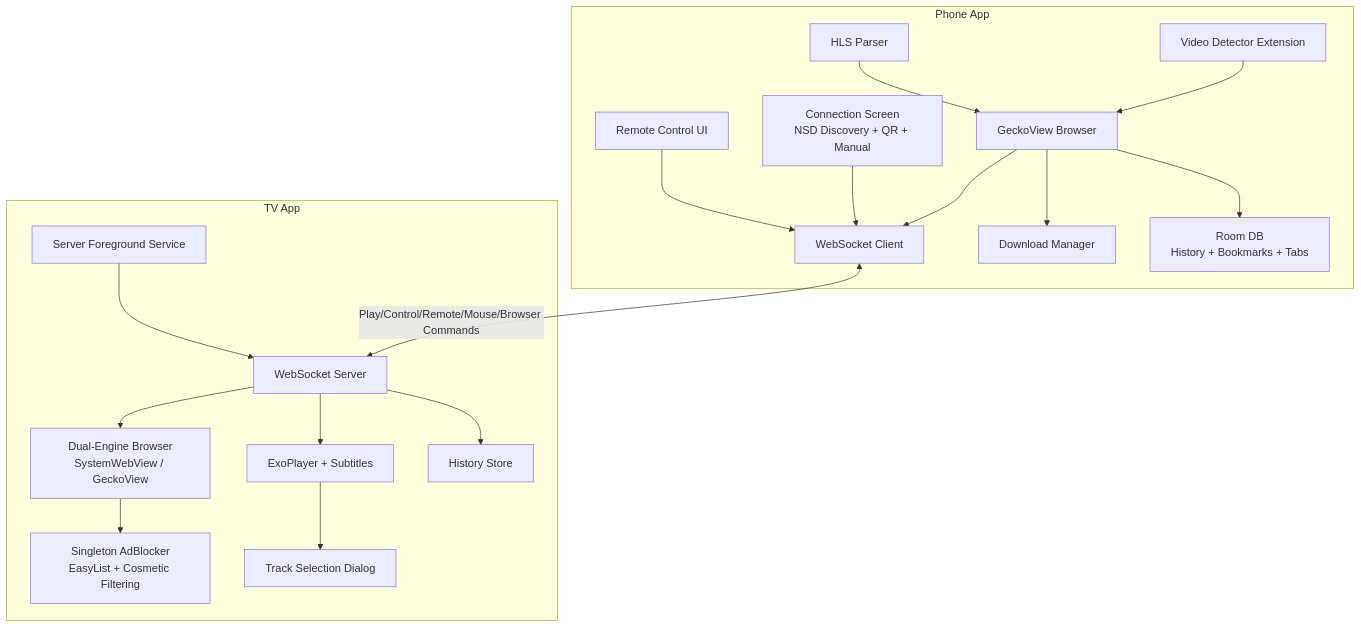
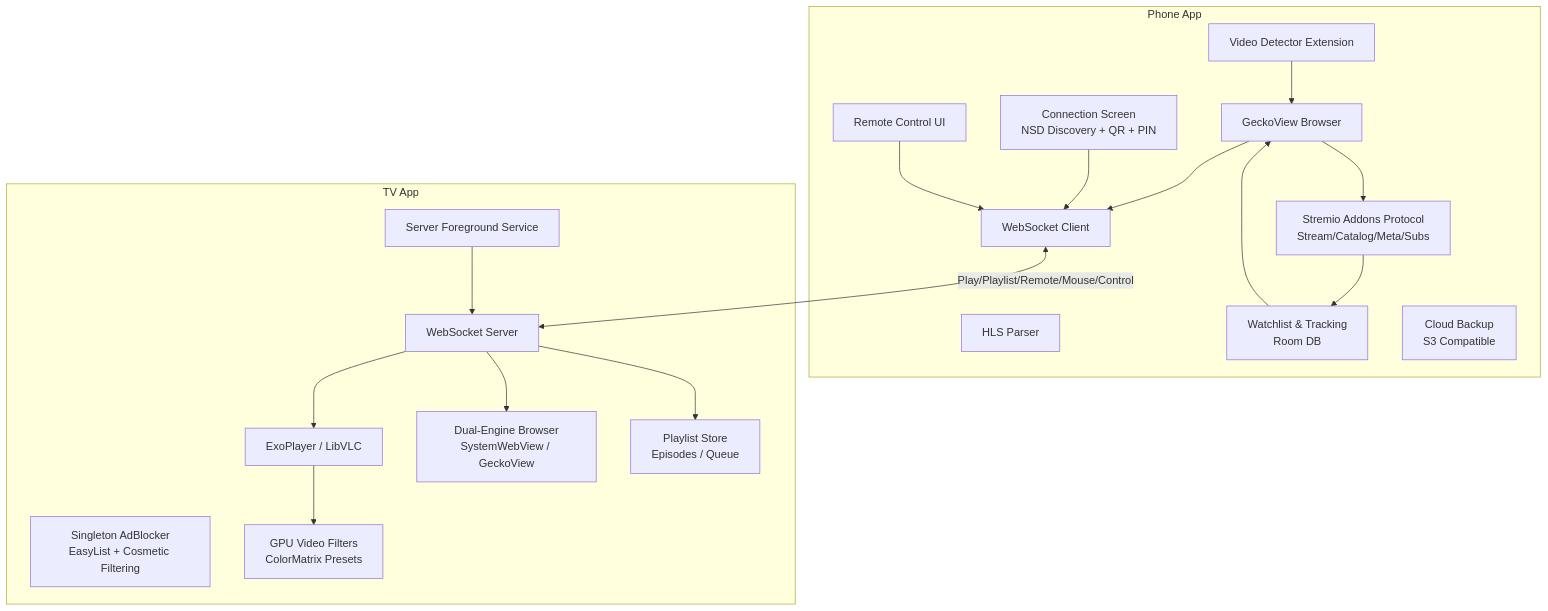
The diagram in ARCHITECTURE.md (playbridgeapp/playbridge), drawn with Mermaid before and after one commit. The commit also changed other lines of this file and 4 other files, not shown here.

Commit message:
refactor: remove Stremio addon expansion plan and update architecture documentation across all modules

````diff
--- a/ARCHITECTURE.md
+++ b/ARCHITECTURE.md
@@ -22,38 +22,38 @@
 ```mermaid
 graph TB
     subgraph Phone App
         Browser[GeckoView Browser]
         Extension[Video Detector Extension]
         WSClient[WebSocket Client]
-        Connection[Connection Screen<br/>NSD Discovery + QR + Manual]
+        Connection[Connection Screen<br/>NSD Discovery + QR + PIN]
         RemoteControl[Remote Control UI]
         HLS[HLS Parser]
-        Downloads[Download Manager]
-        HistoryDB[Room DB<br/>History + Bookmarks + Tabs]
+        Addons[Stremio Addons Protocol<br/>Stream/Catalog/Meta/Subs]
+        Tracking[Watchlist & Tracking<br/>Room DB]
+        Backup[Cloud Backup<br/>S3 Compatible]
     end
     
     subgraph TV App
         WSServer[WebSocket Server]
-        Player[ExoPlayer + Subtitles]
+        Player[ExoPlayer / LibVLC]
         TVBrowser[Dual-Engine Browser<br/>SystemWebView / GeckoView]
         AdBlock[Singleton AdBlocker<br/>EasyList + Cosmetic Filtering]
-        TrackSel[Track Selection Dialog]
-        History[History Store]
+        Filters[GPU Video Filters<br/>ColorMatrix Presets]
+        PlaylistStore[Playlist Store<br/>Episodes / Queue]
         ServerSvc[Server Foreground Service]
     end
     
     Extension --> Browser
     Browser --> WSClient
-    Browser --> Downloads
-    Browser --> HistoryDB
-    HLS --> Browser
+    Browser --> Addons
+    Addons --> Tracking
+    Tracking --> Browser
     Connection --> WSClient
     RemoteControl --> WSClient
-    WSClient <-->|Play/Control/Remote/Mouse/Browser Commands| WSServer
+    WSClient <-->|Play/Playlist/Remote/Mouse/Control| WSServer
     ServerSvc --> WSServer
     WSServer --> Player
     WSServer --> TVBrowser
-    WSServer --> History
-    TVBrowser --> AdBlock
-    Player --> TrackSel
+    WSServer --> PlaylistStore
+    Player --> Filters
 ```
````
